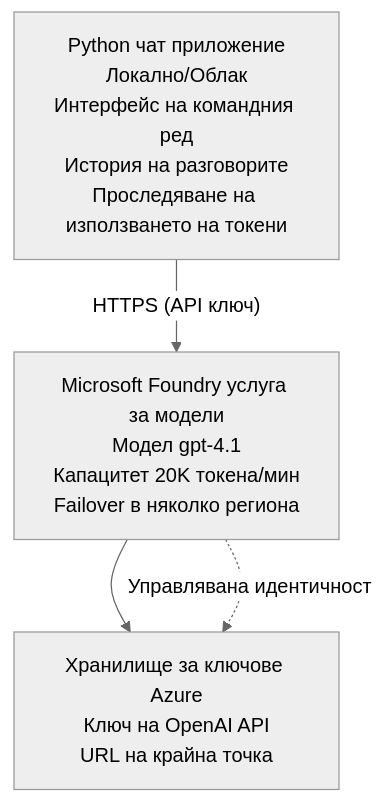
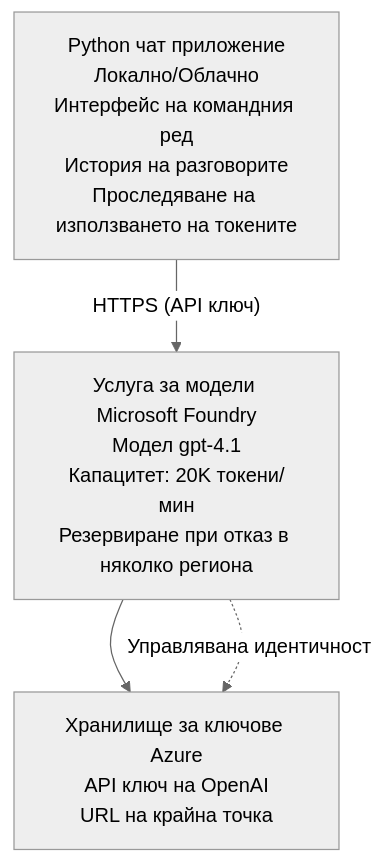
The diagram in translations/bg/examples/azure-openai-chat/README.md (microsoft/AZD-for-beginners), drawn with Mermaid (neutral theme) before and after one commit. The commit also changed other lines of this file and 104 other files, not shown here.

````diff
--- a/translations/bg/examples/azure-openai-chat/README.md
+++ b/translations/bg/examples/azure-openai-chat/README.md
@@ -26,6 +26,6 @@
 ```mermaid
 graph TD
-    App[Python чат приложение<br/>Локално/Облак<br/>Интерфейс на командния ред<br/>История на разговорите<br/>Проследяване на използването на токени] -- "HTTPS (API ключ)" --> Foundry[Microsoft Foundry услуга за модели<br/>Модел gpt-4.1<br/>Капацитет 20K токена/мин<br/>Failover в няколко региона]
-    Foundry --> KV[Хранилище за ключове Azure<br/>Ключ на OpenAI API<br/>URL на крайна точка]
+    App[Python чат приложение<br/>Локално/Облачно<br/>Интерфейс на командния ред<br/>История на разговорите<br/>Проследяване на използването на токените] -- "HTTPS (API ключ)" --> Foundry[Услуга за модели Microsoft Foundry<br/>Модел gpt-4.1<br/>Капацитет: 20K токени/мин<br/>Резервиране при отказ в няколко региона]
+    Foundry --> KV[Хранилище за ключове Azure<br/>API ключ на OpenAI<br/>URL на крайна точка]
     Foundry -. Управлявана идентичност .-> KV
 ```
````
